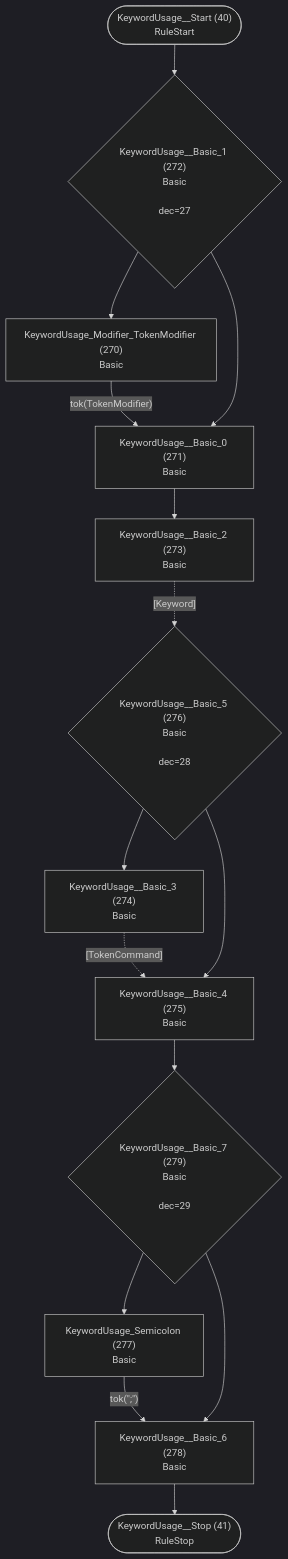
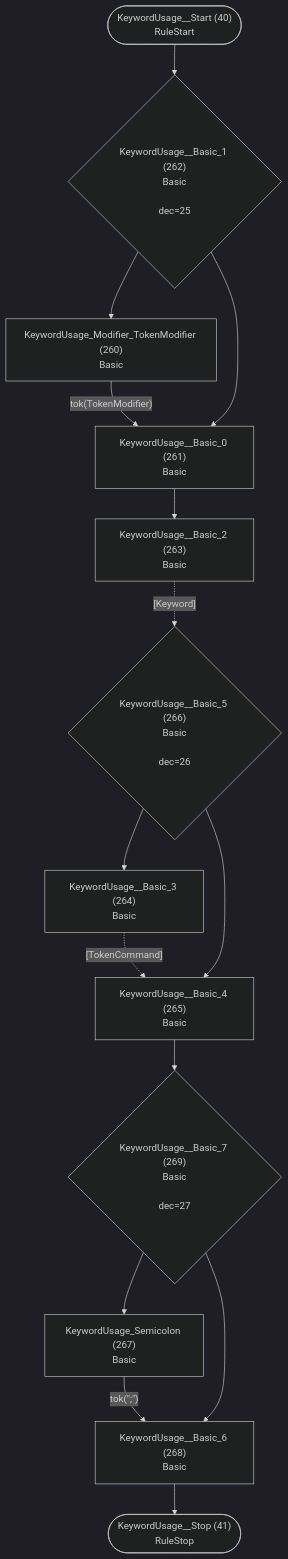
Diagram 21 of 40 in internal/grammar/atn.md (TypeFox/fastbelt), drawn with Mermaid (dark theme) before and after one commit. The commit also changed other lines of this file and 145 other files, not shown here.

````diff
--- a/internal/grammar/atn.md
+++ b/internal/grammar/atn.md
@@ -625,30 +603,30 @@
 ```mermaid
 flowchart TD
     q40(["KeywordUsage__Start (40)<br/>RuleStart"])
     q41(["KeywordUsage__Stop (41)<br/>RuleStop"])
-    q270["KeywordUsage_Modifier_TokenModifier (270)<br/>Basic<br/>"]
-    q271["KeywordUsage__Basic_0 (271)<br/>Basic<br/>"]
-    q272{"KeywordUsage__Basic_1 (272)<br/>Basic<br/><br/>dec=27"}
-    q273["KeywordUsage__Basic_2 (273)<br/>Basic<br/>"]
-    q274["KeywordUsage__Basic_3 (274)<br/>Basic<br/>"]
-    q275["KeywordUsage__Basic_4 (275)<br/>Basic<br/>"]
-    q276{"KeywordUsage__Basic_5 (276)<br/>Basic<br/><br/>dec=28"}
-    q277["KeywordUsage_Semicolon (277)<br/>Basic<br/>"]
-    q278["KeywordUsage__Basic_6 (278)<br/>Basic<br/>"]
-    q279{"KeywordUsage__Basic_7 (279)<br/>Basic<br/><br/>dec=29"}
+    q260["KeywordUsage_Modifier_TokenModifier (260)<br/>Basic<br/>"]
+    q261["KeywordUsage__Basic_0 (261)<br/>Basic<br/>"]
+    q262{"KeywordUsage__Basic_1 (262)<br/>Basic<br/><br/>dec=25"}
+    q263["KeywordUsage__Basic_2 (263)<br/>Basic<br/>"]
+    q264["KeywordUsage__Basic_3 (264)<br/>Basic<br/>"]
+    q265["KeywordUsage__Basic_4 (265)<br/>Basic<br/>"]
+    q266{"KeywordUsage__Basic_5 (266)<br/>Basic<br/><br/>dec=26"}
+    q267["KeywordUsage_Semicolon (267)<br/>Basic<br/>"]
+    q268["KeywordUsage__Basic_6 (268)<br/>Basic<br/>"]
+    q269{"KeywordUsage__Basic_7 (269)<br/>Basic<br/><br/>dec=27"}
 
-    q40 --> q272
-    q270 -->|"tok(TokenModifier)"| q271
-    q271 --> q273
-    q272 --> q270
-    q272 --> q271
-    q273 -.->|"[Keyword]"| q276
-    q274 -.->|"[TokenCommand]"| q275
-    q275 --> q279
-    q276 --> q274
-    q276 --> q275
-    q277 -->|"tok(&quot;;&quot;)"| q278
-    q278 --> q41
-    q279 --> q277
-    q279 --> q278
+    q40 --> q262
+    q260 -->|"tok(TokenModifier)"| q261
+    q261 --> q263
+    q262 --> q260
+    q262 --> q261
+    q263 -.->|"[Keyword]"| q266
+    q264 -.->|"[TokenCommand]"| q265
+    q265 --> q269
+    q266 --> q264
+    q266 --> q265
+    q267 -->|"tok(&quot;;&quot;)"| q268
+    q268 --> q41
+    q269 --> q267
+    q269 --> q268
 ```
````
